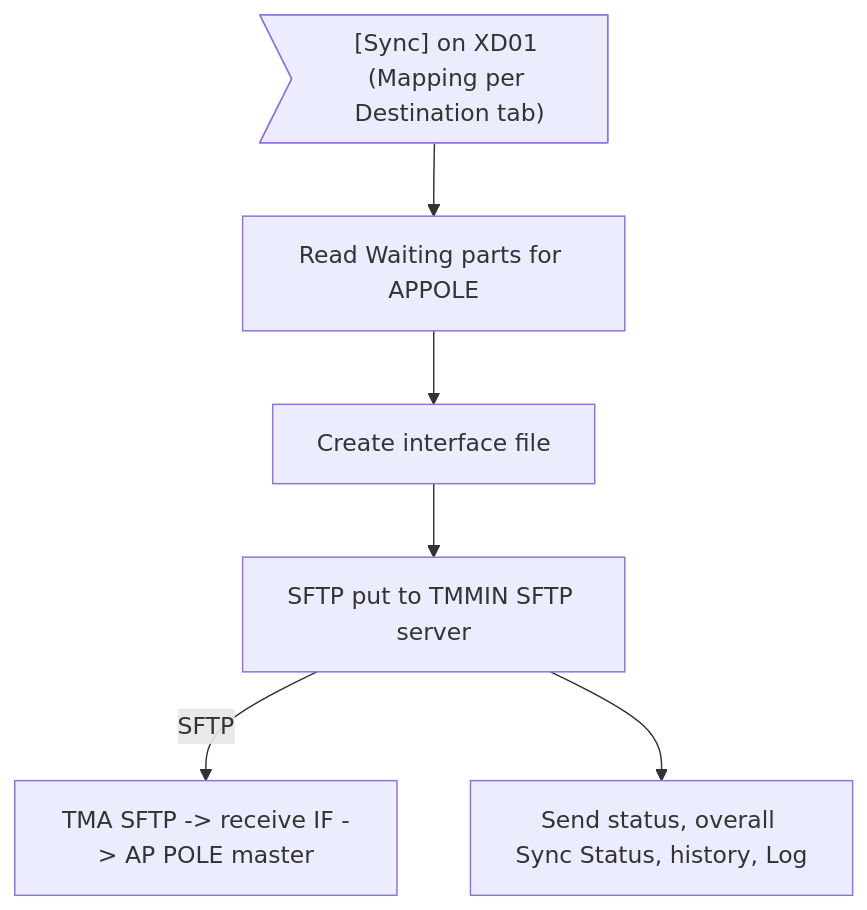
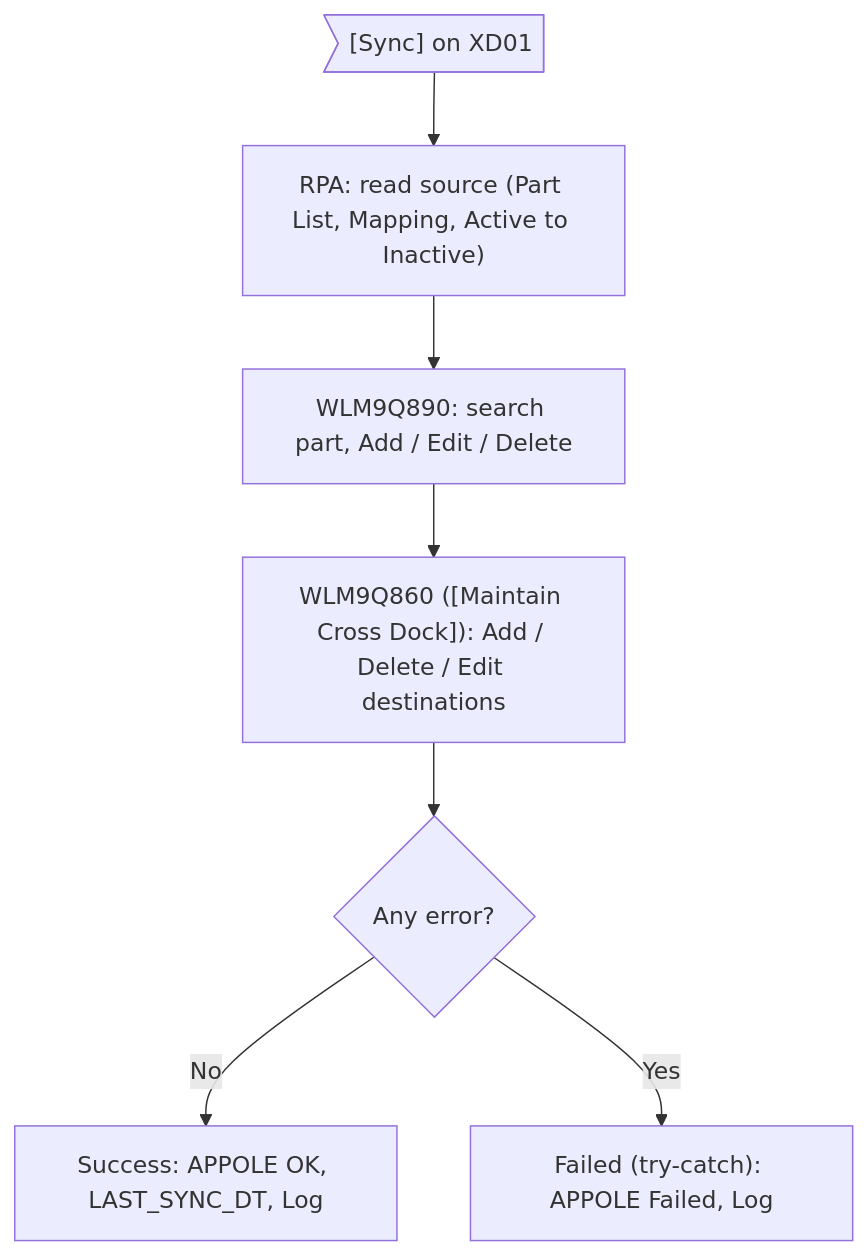
One commit to ivanrayhannn/crossdockpoc changed the first of 2 diagrams in prepare_code/uiss/XD07_Batch_IFCrossDockMasterToAPPOLE.md. Above: the diagram before and after it, drawn with Mermaid. The commit also changed other lines of this file and 39 other files, not shown here.

First line of the commit message:
XD07 RPA on AP POLE (WLM9Q890 / WLM9Q860) + AP POLE user guide

````diff
--- a/prepare_code/uiss/XD07_Batch_IFCrossDockMasterToAPPOLE.md
+++ b/prepare_code/uiss/XD07_Batch_IFCrossDockMasterToAPPOLE.md
@@ -26,14 +27,16 @@
 ```mermaid
 flowchart TB
-  a>"[Sync] on XD01 (Mapping per Destination tab)"]
-  b["Read Waiting parts for APPOLE"]
-  c["Create interface file"]
-  e["SFTP put to TMMIN SFTP server"]
-  t["TMA SFTP -> receive IF -> AP POLE master"]
-  f["Send status, overall Sync Status, history, Log"]
+  a>"[Sync] on XD01"]
+  b["RPA: read source (Part List, Mapping, Active to Inactive)"]
+  c["WLM9Q890: search part, Add / Edit / Delete"]
+  d["WLM9Q860 ([Maintain Cross Dock]): Add / Delete / Edit destinations"]
+  e{"Any error?"}
+  f["Success: APPOLE OK, LAST_SYNC_DT, Log"]
+  h["Failed (try-catch): APPOLE Failed, Log"]
   a --> b
   b --> c
-  c --> e
-  e -->|SFTP| t
-  e --> f
+  c --> d
+  d --> e
+  e -->|No| f
+  e -->|Yes| h
 ```
````
